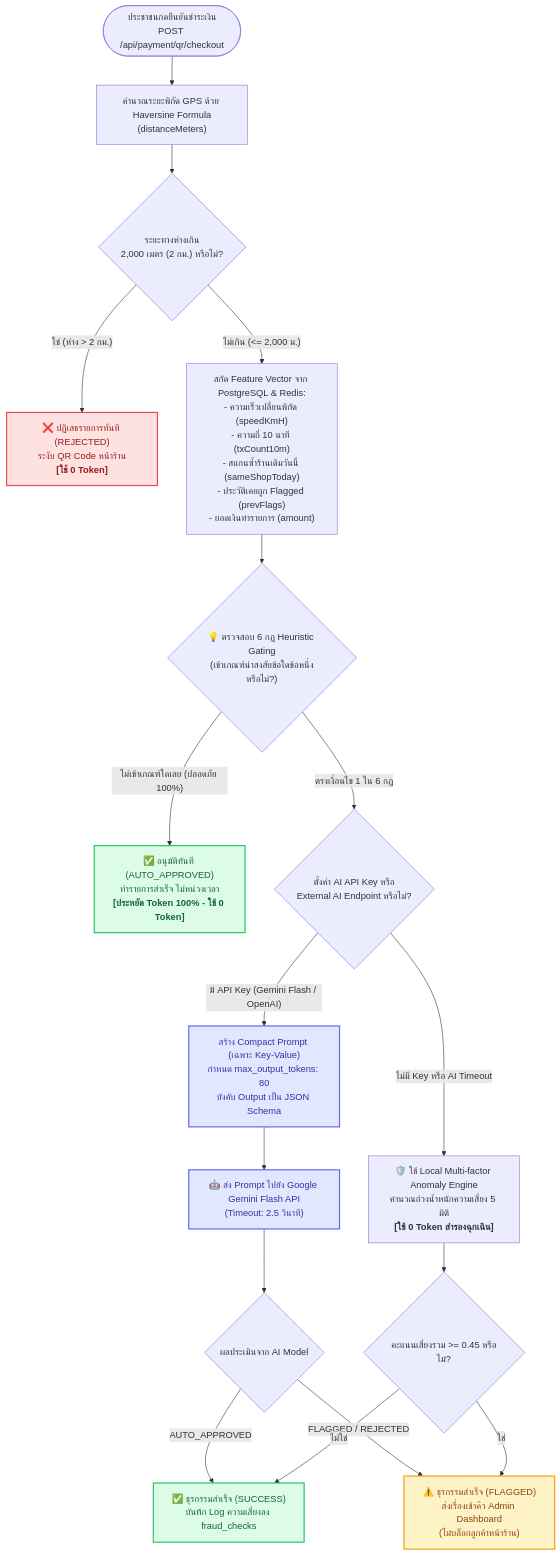
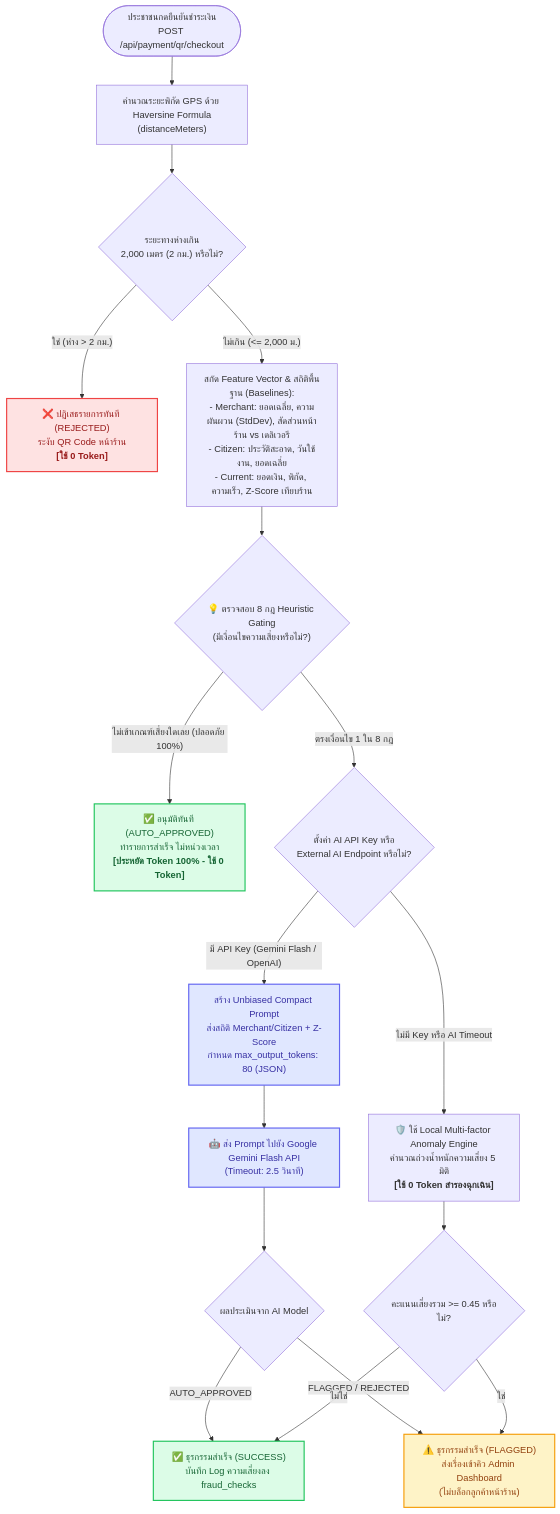
Before and after one commit to AnthidaC/THAI_Please_WebApp: the diagram in docs/fraud-ai-decision-rules.md, drawn with Mermaid. The commit also changed other lines of this file and 2 other files, not shown here.

Commit message:
feat(fraud-engine): add merchant/citizen baseline profiling, amount volatility z-score, and anti-bias delivery awareness

````diff
--- a/docs/fraud-ai-decision-rules.md
+++ b/docs/fraud-ai-decision-rules.md
@@ -17,44 +20,44 @@
 ```mermaid
 flowchart TD
     Start(["ประชาชนกดยืนยันชำระเงิน<br/>POST /api/payment/qr/checkout"]) --> Haversine["คำนวณระยะพิกัด GPS ด้วย Haversine Formula<br/>(distanceMeters)"]
 
     %% Stage 0: Hard Rule
     Haversine --> CheckDistance{"ระยะทางห่างเกิน<br/>2,000 เมตร (2 กม.) หรือไม่?"}
     CheckDistance -- "ใช่ (ห่าง > 2 กม.)" --> HardReject["❌ ปฏิเสธรายการทันที (REJECTED)<br/>ระงับ QR Code หน้าร้าน<br/><b>[ใช้ 0 Token]</b>"]
     
-    %% Stage 1: Zero-Token Gating
-    CheckDistance -- "ไม่เกิน (<= 2,000 ม.)" --> ExtractFeatures["สกัด Feature Vector จาก PostgreSQL & Redis:<br/>- ความเร็วเปลี่ยนพิกัด (speedKmH)<br/>- ความถี่ 10 นาที (txCount10m)<br/>- สแกนซ้ำร้านเดิมวันนี้ (sameShopToday)<br/>- ประวัติเคยถูก Flagged (prevFlags)<br/>- ยอดเงินทำรายการ (amount)"]
+    %% Stage 1: Baseline Extraction & Zero-Token Gating
+    CheckDistance -- "ไม่เกิน (<= 2,000 ม.)" --> ExtractBaselines["สกัด Feature Vector & สถิติพื้นฐาน (Baselines):<br/>- Merchant: ยอดเฉลี่ย, ความผันผวน (StdDev), สัดส่วนหน้าร้าน vs เดลิเวอรี<br/>- Citizen: ประวัติสะอาด, วันใช้งาน, ยอดเฉลี่ย<br/>- Current: ยอดเงิน, พิกัด, ความเร็ว, Z-Score เทียบร้าน"]
 
-    ExtractFeatures --> GatingDecision{"💡 ตรวจสอบ 6 กฎ Heuristic Gating<br/>(เข้าเกณฑ์น่าสงสัยข้อใดข้อหนึ่งหรือไม่?)"}
+    ExtractBaselines --> GatingDecision{"💡 ตรวจสอบ 8 กฎ Heuristic Gating<br/>(มีเงื่อนไขความเสี่ยงหรือไม่?)"}
 
     %% Safe Zone (0 Token)
-    GatingDecision -- "ไม่เข้าเกณฑ์ใดเลย (ปลอดภัย 100%)" --> SafeApprove["✅ อนุมัติทันที (AUTO_APPROVED)<br/>ทำรายการสำเร็จ ไม่หน่วงเวลา<br/><b>[ประหยัด Token 100% - ใช้ 0 Token]</b>"]
+    GatingDecision -- "ไม่เข้าเกณฑ์เสี่ยงใดเลย (ปลอดภัย 100%)" --> SafeApprove["✅ อนุมัติทันที (AUTO_APPROVED)<br/>ทำรายการสำเร็จ ไม่หน่วงเวลา<br/><b>[ประหยัด Token 100% - ใช้ 0 Token]</b>"]
 
     %% Suspicious Zone -> Needs AI
-    GatingDecision -- "ตรงเงื่อนไข 1 ใน 6 กฎ" --> CheckApiKey{"ตั้งค่า AI API Key หรือ<br/>External AI Endpoint หรือไม่?"}
+    GatingDecision -- "ตรงเงื่อนไข 1 ใน 8 กฎ" --> CheckApiKey{"ตั้งค่า AI API Key หรือ<br/>External AI Endpoint หรือไม่?"}
 
     %% Stage 2: AI Prompt Execution
-    CheckApiKey -- "มี API Key (Gemini Flash / OpenAI)" --> BuildPrompt["สร้าง Compact Prompt (เฉพาะ Key-Value)<br/>กำหนด max_output_tokens: 80<br/>บังคับ Output เป็น JSON Schema"]
+    CheckApiKey -- "มี API Key (Gemini Flash / OpenAI)" --> BuildPrompt["สร้าง Unbiased Compact Prompt<br/>ส่งสถิติ Merchant/Citizen + Z-Score<br/>กำหนด max_output_tokens: 80 (JSON)"]
     BuildPrompt --> CallAI["🤖 ส่ง Prompt ไปยัง Google Gemini Flash API<br/>(Timeout: 2.5 วินาที)"]
     
     CallAI --> AIResponse{"ผลประเมินจาก AI Model"}
     AIResponse -- "AUTO_APPROVED" --> TxSuccess["✅ ธุรกรรมสำเร็จ (SUCCESS)<br/>บันทึก Log ความเสี่ยงลง fraud_checks"]
     AIResponse -- "FLAGGED / REJECTED" --> TxFlagged["⚠️ ธุรกรรมสำเร็จ (FLAGGED)<br/>ส่งเรื่องเข้าคิว Admin Dashboard<br/>(ไม่บล็อกลูกค้าหน้าร้าน)"]
 
     %% Stage 3: Fallback Local
     CheckApiKey -- "ไม่มี Key หรือ AI Timeout" --> LocalFallback["🛡️ ใช้ Local Multi-factor Anomaly Engine<br/>คำนวณถ่วงน้ำหนักความเสี่ยง 5 มิติ<br/><b>[ใช้ 0 Token สำรองฉุกเฉิน]</b>"]
     LocalFallback --> CheckScore{"คะแนนเสี่ยงรวม >= 0.45 หรือไม่?"}
     CheckScore -- "ใช่" --> TxFlagged
     CheckScore -- "ไม่ใช่" --> TxSuccess
 
     %% Styling
     classDef reject fill:#fee2e2,stroke:#ef4444,stroke-width:2px,color:#991b1b;
     classDef approve fill:#dcfce7,stroke:#22c55e,stroke-width:2px,color:#166534;
     classDef ai fill:#e0e7ff,stroke:#6366f1,stroke-width:2px,color:#3730a3;
     classDef flag fill:#fef3c7,stroke:#f59e0b,stroke-width:2px,color:#92400e;
     
     class HardReject reject;
     class SafeApprove,TxSuccess approve;
     class CallAI,BuildPrompt ai;
     class TxFlagged flag;
 ```
````
